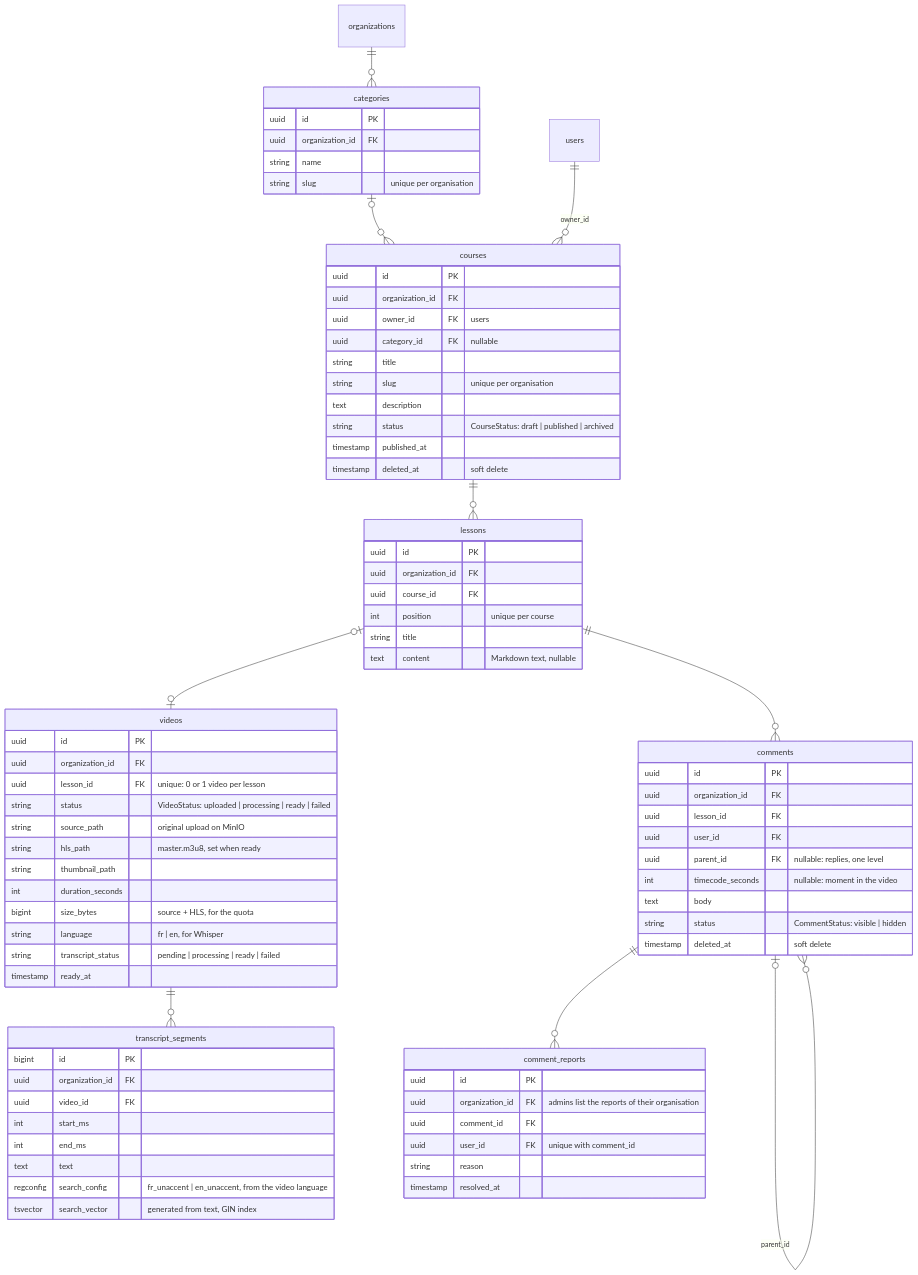
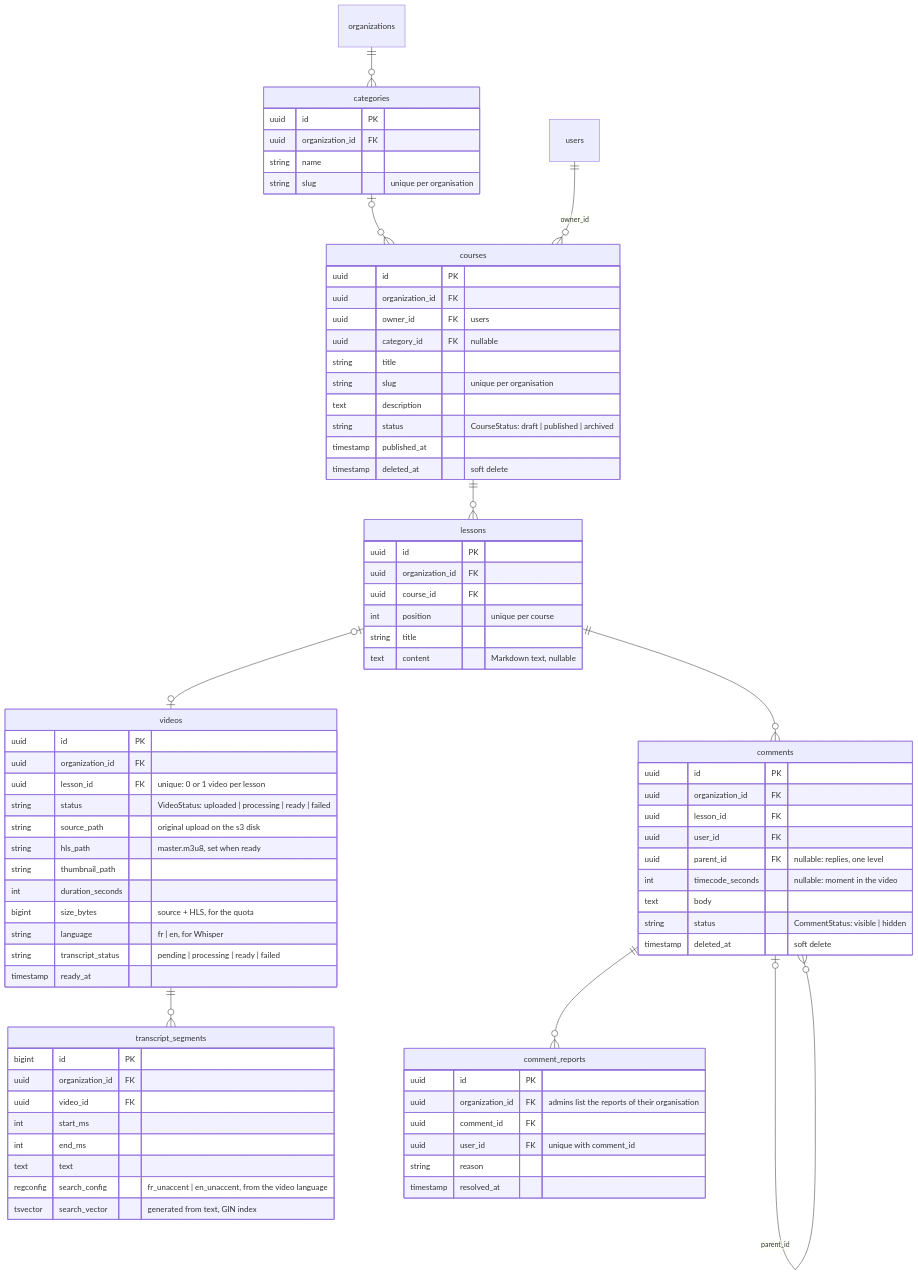
Before and after one commit to lucaszebre/ANNUALPROJECT-IWJ3: the third of 6 diagrams in docs/data-model.md, drawn with Mermaid. The commit also changed other lines of this file and 9 other files, not shown here.

````diff
--- a/docs/data-model.md
+++ b/docs/data-model.md
@@ -94,81 +94,81 @@
 ```mermaid
 erDiagram
     organizations ||--o{ categories : ""
     categories |o--o{ courses : ""
     users ||--o{ courses : "owner_id"
     courses ||--o{ lessons : ""
     lessons |o--o| videos : ""
     videos ||--o{ transcript_segments : ""
     lessons ||--o{ comments : ""
     comments |o--o{ comments : "parent_id"
     comments ||--o{ comment_reports : ""
     categories {
         uuid id PK
         uuid organization_id FK
         string name
         string slug "unique per organisation"
     }
     courses {
         uuid id PK
         uuid organization_id FK
         uuid owner_id FK "users"
         uuid category_id FK "nullable"
         string title
         string slug "unique per organisation"
         text description
         string status "CourseStatus: draft | published | archived"
         timestamp published_at
         timestamp deleted_at "soft delete"
     }
     lessons {
         uuid id PK
         uuid organization_id FK
         uuid course_id FK
         int position "unique per course"
         string title
         text content "Markdown text, nullable"
     }
     videos {
         uuid id PK
         uuid organization_id FK
         uuid lesson_id FK "unique: 0 or 1 video per lesson"
         string status "VideoStatus: uploaded | processing | ready | failed"
-        string source_path "original upload on MinIO"
+        string source_path "original upload on the s3 disk"
         string hls_path "master.m3u8, set when ready"
         string thumbnail_path
         int duration_seconds
         bigint size_bytes "source + HLS, for the quota"
         string language "fr | en, for Whisper"
         string transcript_status "pending | processing | ready | failed"
         timestamp ready_at
     }
     transcript_segments {
         bigint id PK
         uuid organization_id FK
         uuid video_id FK
         int start_ms
         int end_ms
         text text
         regconfig search_config "fr_unaccent | en_unaccent, from the video language"
         tsvector search_vector "generated from text, GIN index"
     }
     comments {
         uuid id PK
         uuid organization_id FK
         uuid lesson_id FK
         uuid user_id FK
         uuid parent_id FK "nullable: replies, one level"
         int timecode_seconds "nullable: moment in the video"
         text body
         string status "CommentStatus: visible | hidden"
         timestamp deleted_at "soft delete"
     }
     comment_reports {
         uuid id PK
         uuid organization_id FK "admins list the reports of their organisation"
         uuid comment_id FK
         uuid user_id FK "unique with comment_id"
         string reason
         timestamp resolved_at
     }
 ```
````
